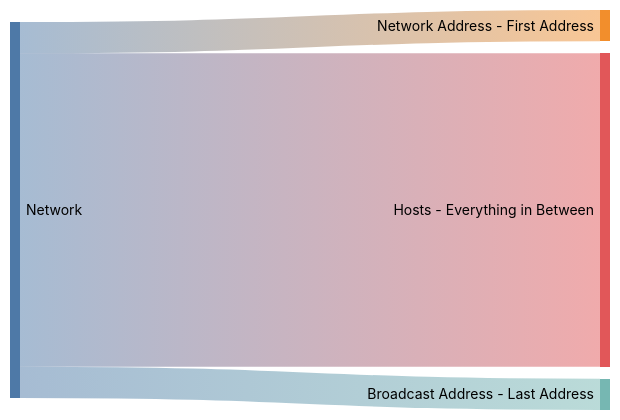
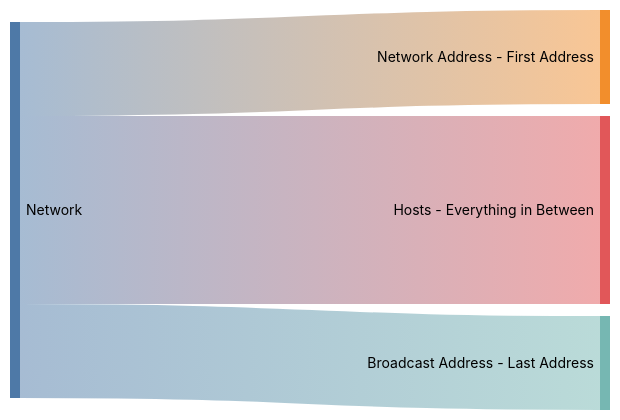
Before and after one commit to ShaharNaveh/ShaharNaveh.github.io: the diagram in content/blog/practical-networking-guide/index.md, drawn with Mermaid (forest theme). The commit also changed other lines of this file, not shown here.

````diff
--- a/content/blog/practical-networking-guide/index.md
+++ b/content/blog/practical-networking-guide/index.md
@@ -61,14 +56,14 @@
 ```mermaid
 ---
 config:
   sankey:
     showValues: false
 ---
 sankey-beta
 
 Network,Network Address - First Address,1
 
-Network,Hosts - Everything in Between,10
+Network,Hosts - Everything in Between,2
 
 Network,Broadcast Address - Last Address,1
 ```
````
